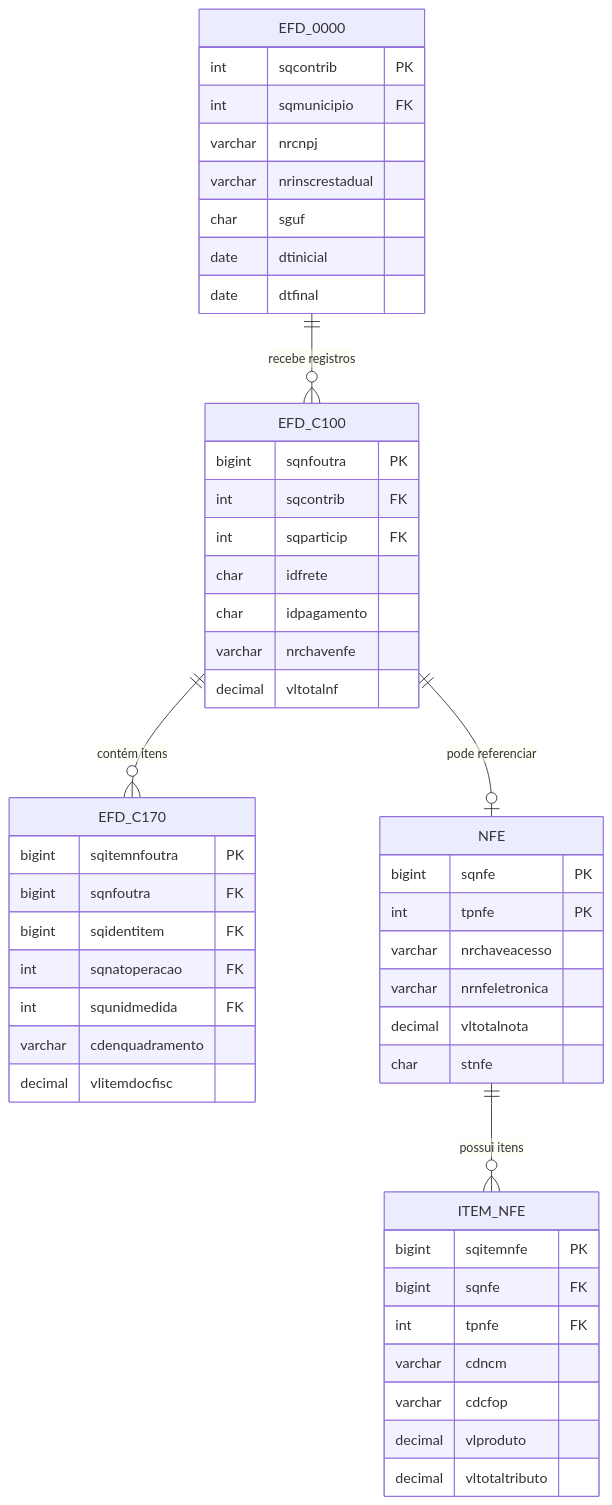
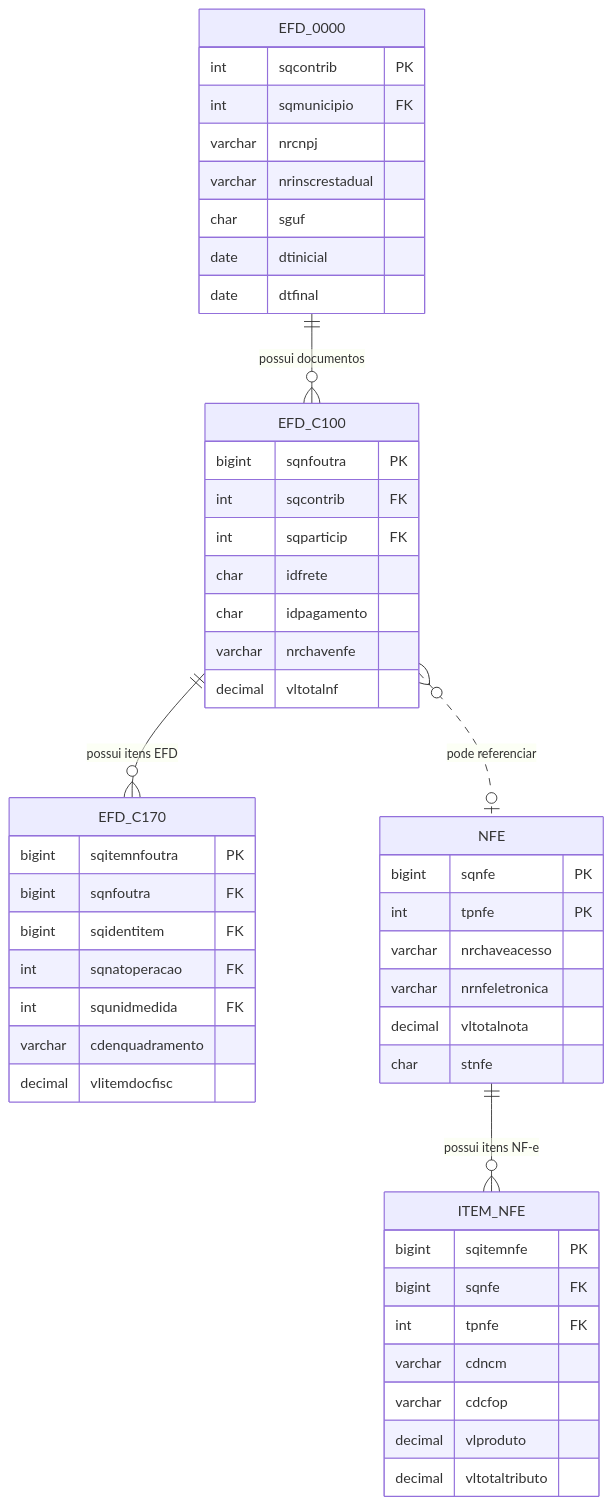
Before and after one commit to fabioleite/bancodedados: the diagram in modelo BDFISC/diagrama-er-mermaid.md, drawn with Mermaid. The commit also changed other lines of this file and 289 other files, not shown here.

````diff
--- a/modelo BDFISC/diagrama-er-mermaid.md
+++ b/modelo BDFISC/diagrama-er-mermaid.md
@@ -7,56 +9,56 @@
 ```mermaid
 erDiagram
-    EFD_0000 ||--o{ EFD_C100 : "recebe registros"
-    EFD_C100 ||--o{ EFD_C170 : "contém itens"
-    NFE ||--o{ ITEM_NFE : "possui itens"
-    EFD_C100 ||--o| NFE : "pode referenciar"
+    EFD_0000 ||--o{ EFD_C100 : "possui documentos"
+    EFD_C100 ||--o{ EFD_C170 : "possui itens EFD"
+    NFE ||--o{ ITEM_NFE : "possui itens NF-e"
+    EFD_C100 }o..o| NFE : "pode referenciar"
 
     EFD_0000 {
         int sqcontrib PK
         int sqmunicipio FK
         varchar nrcnpj
         varchar nrinscrestadual
         char sguf
         date dtinicial
         date dtfinal
     }
 
     EFD_C100 {
         bigint sqnfoutra PK
         int sqcontrib FK
         int sqparticip FK
         char idfrete
         char idpagamento
         varchar nrchavenfe
         decimal vltotalnf
     }
 
     EFD_C170 {
         bigint sqitemnfoutra PK
         bigint sqnfoutra FK
         bigint sqidentitem FK
         int sqnatoperacao FK
         int squnidmedida FK
         varchar cdenquadramento
         decimal vlitemdocfisc
     }
 
     NFE {
         bigint sqnfe PK
         int tpnfe PK
         varchar nrchaveacesso
         varchar nrnfeletronica
         decimal vltotalnota
         char stnfe
     }
 
     ITEM_NFE {
         bigint sqitemnfe PK
         bigint sqnfe FK
         int tpnfe FK
         varchar cdncm
         varchar cdcfop
         decimal vlproduto
         decimal vltotaltributo
     }
 ```
````
